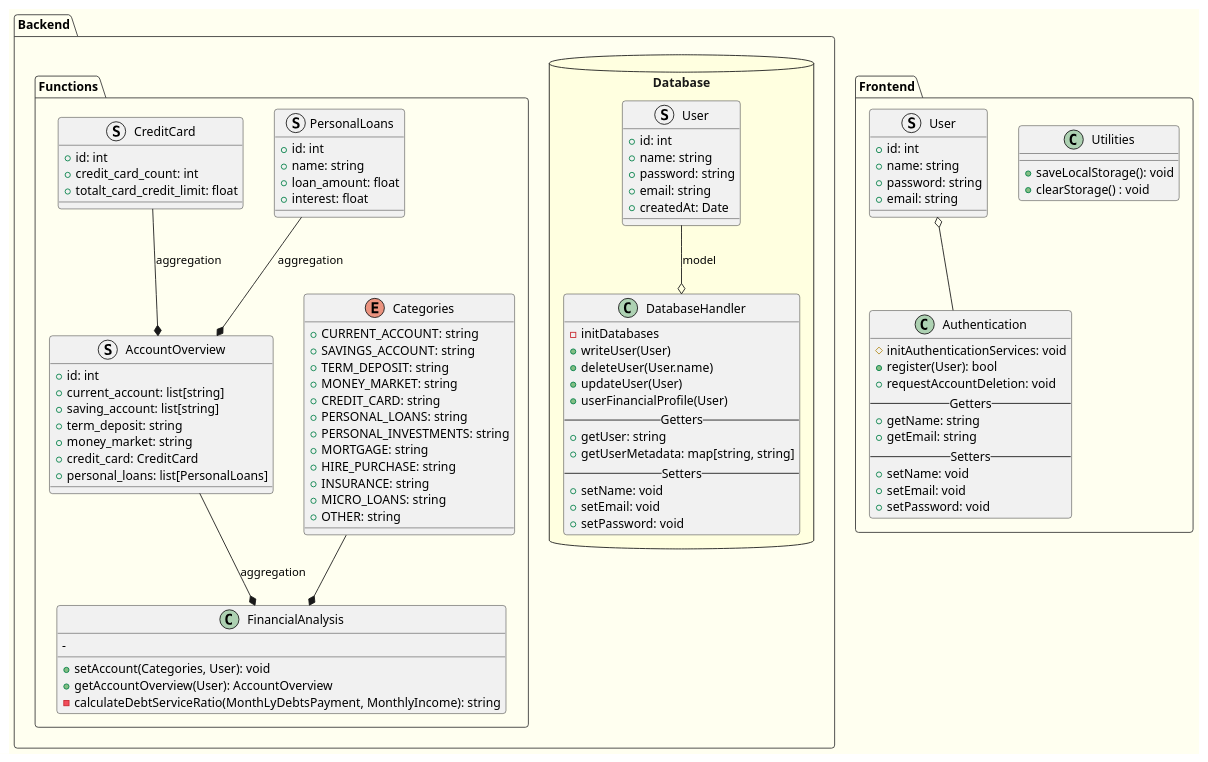
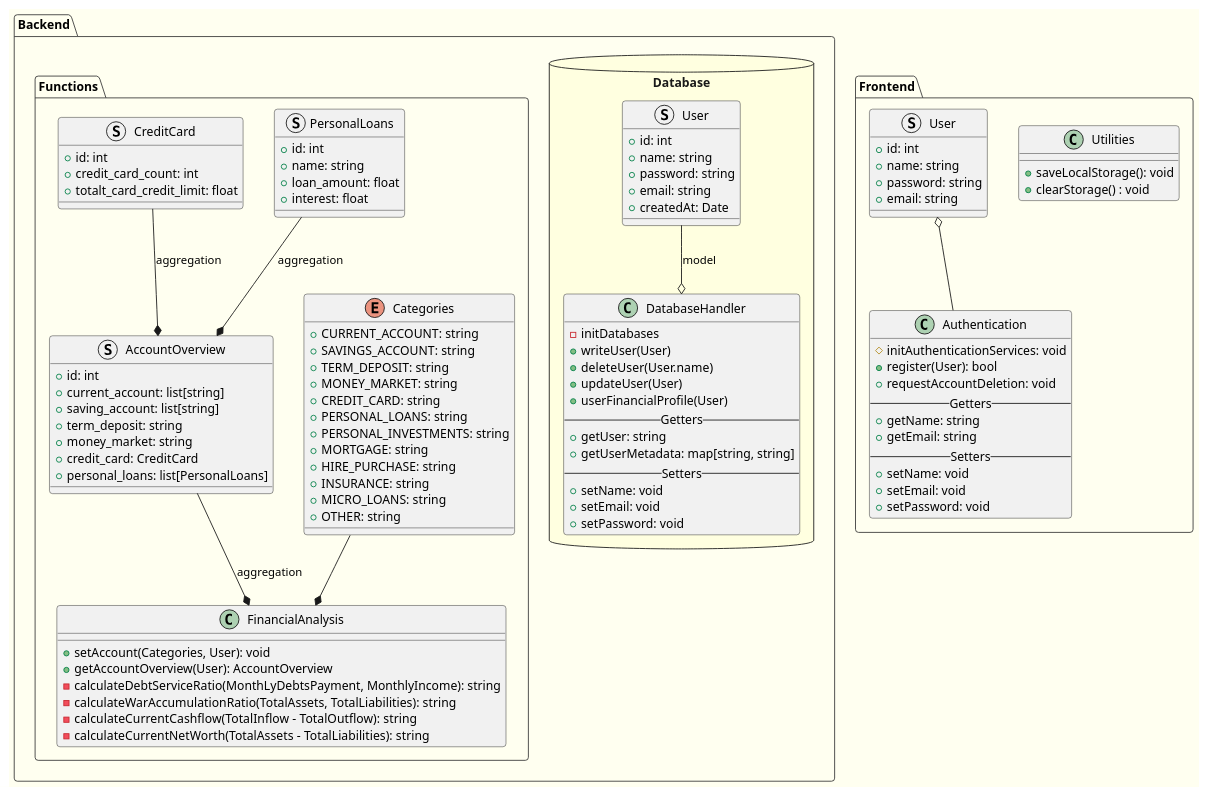
Before and after one commit to ctkqiang/PayNetHackathon: the diagram in PayNetHackathonArchitecture/LOGIC_COMPONENTS.puml, drawn with PlantUML.

Commit message:
feat: Update README with project overview, structure, and diagrams
- Added project overview and key features of Paynet PFM.
- Updated project structure section to include backend, frontend, and documentation details.
- Provided links to backend and frontend setup guides for easy access.
- Added diagrams section with references to the App Flow and Logic Components diagrams.
- Included team information and contributing guidelines.

This update improves documentation clarity for new contributors and team members.

refer Issue #4

```diff
--- a/PayNetHackathonArchitecture/LOGIC_COMPONENTS.puml
+++ b/PayNetHackathonArchitecture/LOGIC_COMPONENTS.puml
@@ -1,133 +1,135 @@
 @startuml Logic Components
 
 !theme mars
 
 skinparam handwritten false
 skinparam shadowing false
 skinparam backgroundColor #FFFFF0
 
 package Backend {
     package Database <<Database>> #LightYellow {
         class DatabaseHandler {
             - initDatabases
             + writeUser(User)
             + deleteUser(User.name)
             + updateUser(User)
             + userFinancialProfile(User)
             --Getters--
             + getUser: string
             + getUserMetadata: map[string, string]
             --Setters--
             + setName: void
             + setEmail: void
             + setPassword: void
         }
 
         struct User {
             + id: int
             + name: string
             + password: string
             + email: string
             + createdAt: Date
         }
     }
 
     package Functions {
         enum Categories {
             + CURRENT_ACCOUNT: string
             + SAVINGS_ACCOUNT: string
             + TERM_DEPOSIT: string
             + MONEY_MARKET: string
             + CREDIT_CARD: string
             + PERSONAL_LOANS: string
             + PERSONAL_INVESTMENTS: string
             + MORTGAGE: string
             + HIRE_PURCHASE: string
             + INSURANCE: string
             + MICRO_LOANS: string
             + OTHER: string
         }
 
         struct AccountOverview {
             + id: int
             + current_account: list[string]
             + saving_account: list[string]
             + term_deposit: string
             + money_market: string
             + credit_card: CreditCard
             + personal_loans: list[PersonalLoans]
         }
 
         struct PersonalLoans {
             + id: int
             + name: string
             + loan_amount: float
             + interest: float
         }
 
         struct CreditCard {
             + id: int
             + credit_card_count: int
             + totalt_card_credit_limit: float
         }
 
         class FinancialAnalysis {
             + setAccount(Categories, User): void
             + getAccountOverview(User): AccountOverview
             - calculateDebtServiceRatio(MonthLyDebtsPayment, MonthlyIncome): string 
-            - 
+            - calculateWarAccumulationRatio(TotalAssets, TotalLiabilities): string
+            - calculateCurrentCashflow(TotalInflow - TotalOutflow): string
+            - calculateCurrentNetWorth(TotalAssets - TotalLiabilities): string
         }
     }
 
     ' note bottom of calculateDebtServiceRatio
     '     Debt Service Ratio (DSR):
     '     This method calculates the Debt Service Ratio based on monthly debt payments and income.
     '     It returns a string representing the DSR value.
 
     '     Summary of DSR Interpretations:
     '     - <&lt; 30% &gt;: Healthy, low risk, strong financial position (Good)
     '     - <&lt; 30% - 40% &gt;: Manageable, generally acceptable (Neutral/Acceptable)
     '     - <&lt; > 40% &gt;: Higher debt load, increased financial strain (Risky/Bad)
     '     - <&lt; > 50% &gt;: Financially overburdened, high risk (Very Bad)
     ' end note
 
     User --o DatabaseHandler :model
     Categories --* FinancialAnalysis
 
     AccountOverview --* FinancialAnalysis :aggregation
     CreditCard --* AccountOverview :aggregation
     PersonalLoans --* AccountOverview :aggregation
 
     ' Functions --o Database: Align
 }
 
 package Frontend {
     class Authentication {
         # initAuthenticationServices: void
         + register(User): bool
         + requestAccountDeletion: void
         --Getters--
         + getName: string
         + getEmail: string
         --Setters--
         + setName: void
         + setEmail: void
         + setPassword: void
     }
 
     class Utilities {
         + saveLocalStorage(): void
         + clearStorage() : void
     }
 
     struct User {
         + id: int
         + name: string
         + password: string 
         + email: string
     }
 
     User o-- Authentication
 }
 
 @enduml
```
